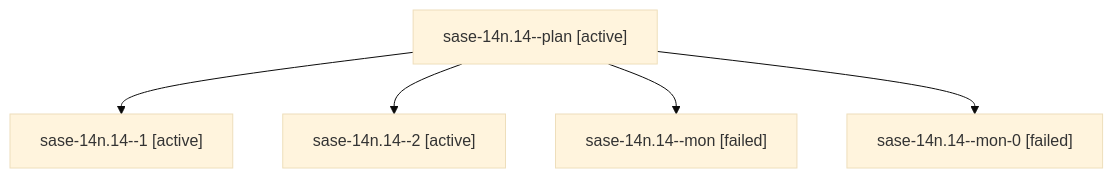
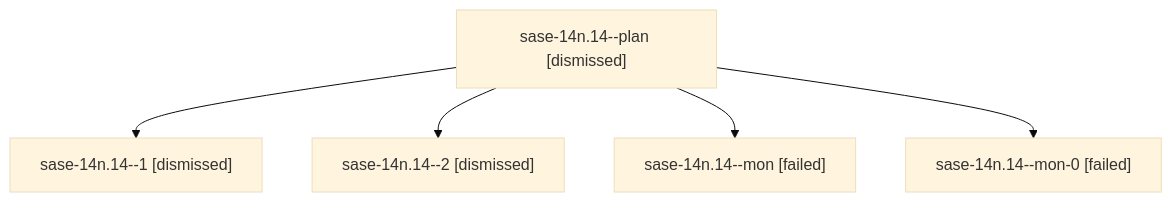
Before and after one commit to sase-org/sase--agents: the diagram in sessions/bbugyi200.athena.sase-14n.14.md, drawn with Mermaid (base theme). The commit also changed other lines of this file and 106 other files, not shown here.

````diff
--- a/sessions/bbugyi200.athena.sase-14n.14.md
+++ b/sessions/bbugyi200.athena.sase-14n.14.md
@@ -9,12 +9,12 @@
 ```mermaid
 flowchart TD
-  n0["sase-14n.14--plan [active]"]
-  n1["sase-14n.14--1 [active]"]
+  n0["sase-14n.14--plan [dismissed]"]
+  n1["sase-14n.14--1 [dismissed]"]
   n0 --> n1
-  n2["sase-14n.14--2 [active]"]
+  n2["sase-14n.14--2 [dismissed]"]
   n0 --> n2
   n3["sase-14n.14--mon [failed]"]
   n0 --> n3
   n4["sase-14n.14--mon-0 [failed]"]
   n0 --> n4
 ```
````
